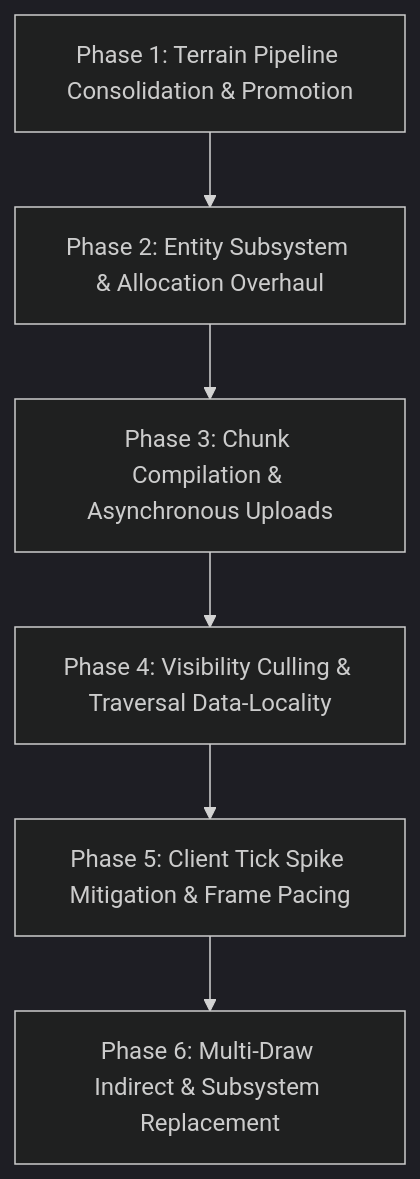
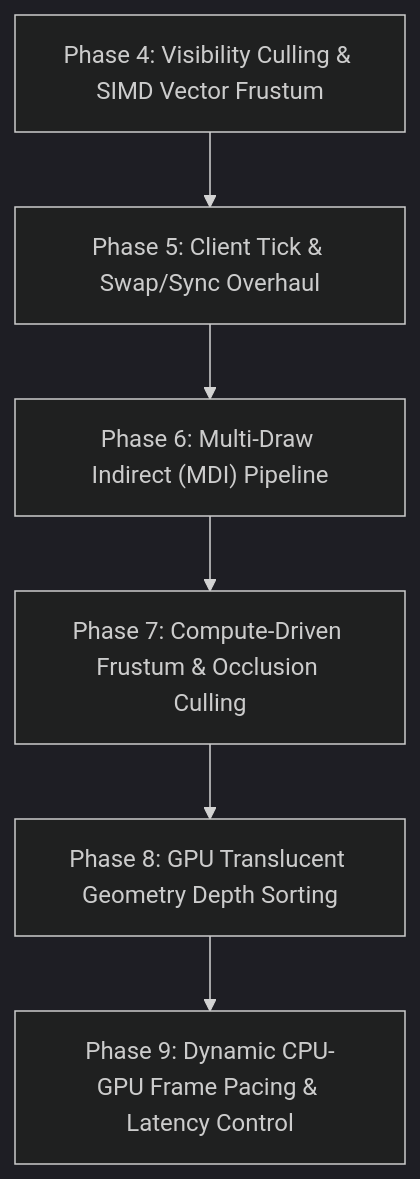
The second of 2 diagrams in docs/ROADMAP.md (Adi0nt/alacer), drawn with Mermaid (dark theme) before and after one commit. The commit also changed other lines of this file and 5 other files, not shown here.

Commit message:
perf: accelerate terrain visibility BFS and publish Phase 6-9 modern architecture roadmap

````diff
--- a/docs/ROADMAP.md
+++ b/docs/ROADMAP.md
@@ -120,8 +117,8 @@
 ```mermaid
 flowchart TD
-    P1["Phase 1: Terrain Pipeline Consolidation & Promotion"] --> P2["Phase 2: Entity Subsystem & Allocation Overhaul"]
-    P2 --> P3["Phase 3: Chunk Compilation & Asynchronous Uploads"]
-    P3 --> P4["Phase 4: Visibility Culling & Traversal Data-Locality"]
-    P4 --> P5["Phase 5: Client Tick Spike Mitigation & Frame Pacing"]
-    P5 --> P6["Phase 6: Multi-Draw Indirect & Subsystem Replacement"]
+    P4["Phase 4: Visibility Culling & SIMD Vector Frustum"] --> P5["Phase 5: Client Tick & Swap/Sync Overhaul"]
+    P5 --> P6["Phase 6: Multi-Draw Indirect (MDI) Pipeline"]
+    P6 --> P7["Phase 7: Compute-Driven Frustum & Occlusion Culling"]
+    P7 --> P8["Phase 8: GPU Translucent Geometry Depth Sorting"]
+    P8 --> P9["Phase 9: Dynamic CPU-GPU Frame Pacing & Latency Control"]
 ```
````
